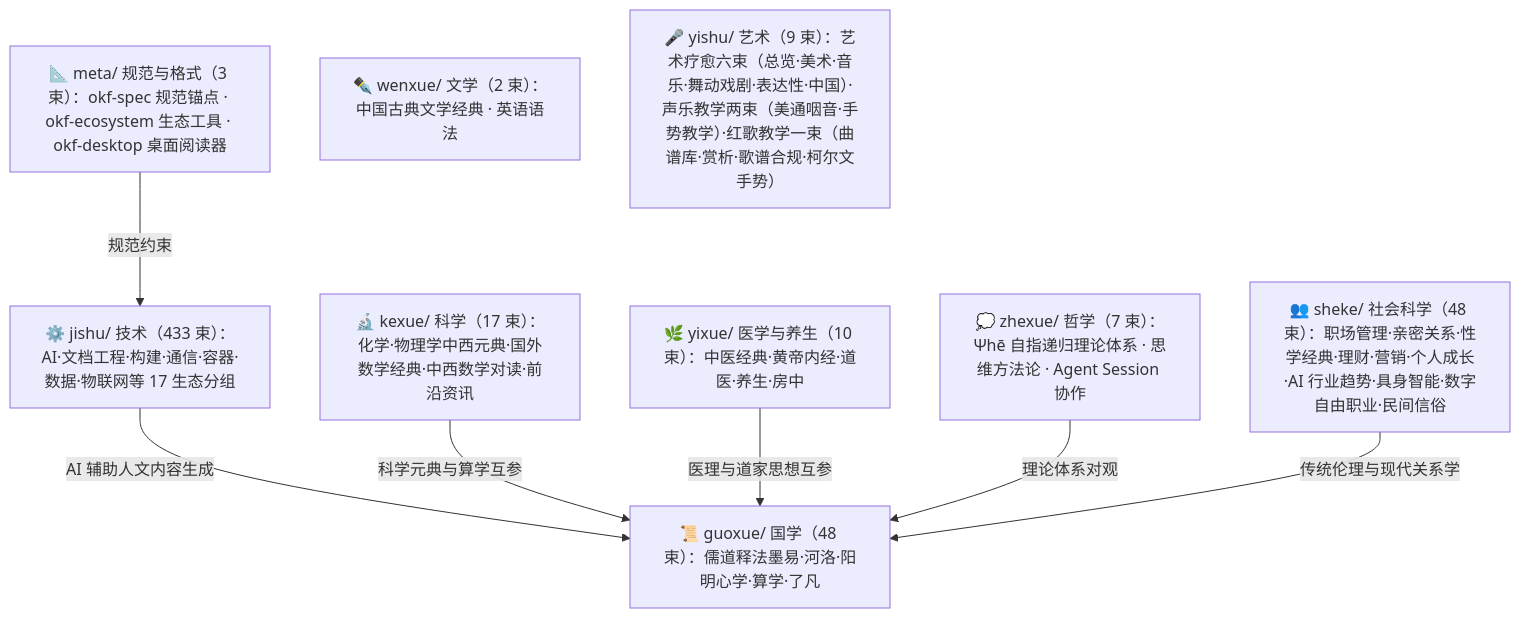
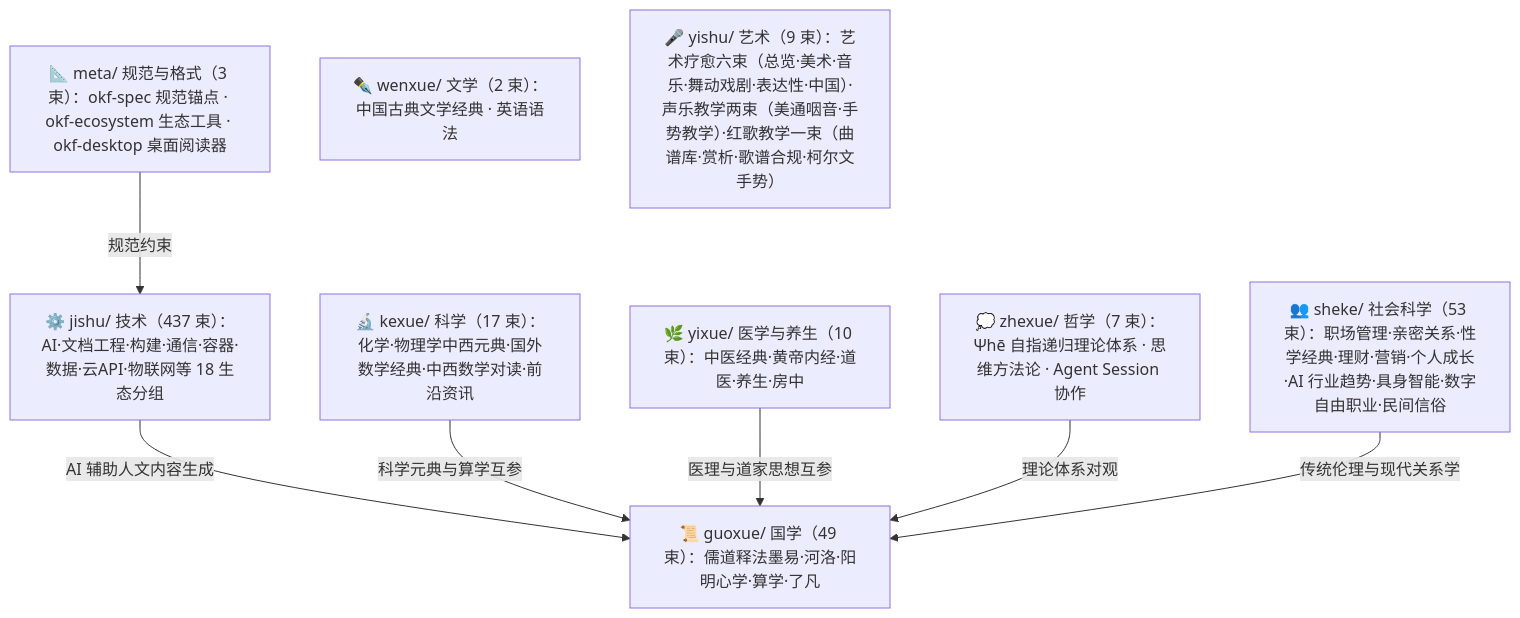
One commit to awesome-flexloop/awesome-okf changed the diagram in doc/bundles/index.md. Above: the diagram before and after it, drawn with Mermaid. The commit also changed other lines of this file and 242 other files, not shown here.

````diff
--- a/doc/bundles/index.md
+++ b/doc/bundles/index.md
@@ -21,18 +21,18 @@
 ```mermaid
 flowchart TD
     meta["📐 meta/ 规范与格式（3 束）：okf-spec 规范锚点 · okf-ecosystem 生态工具 · okf-desktop 桌面阅读器"]
-    guoxue["📜 guoxue/ 国学（48 束）：儒道释法墨易·河洛·阳明心学·算学·了凡"]
+    guoxue["📜 guoxue/ 国学（49 束）：儒道释法墨易·河洛·阳明心学·算学·了凡"]
     zhexue["💭 zhexue/ 哲学（7 束）：Ψhē 自指递归理论体系 · 思维方法论 · Agent Session 协作"]
     kexue["🔬 kexue/ 科学（17 束）：化学·物理学中西元典·国外数学经典·中西数学对读·前沿资讯"]
     wenxue["✒️ wenxue/ 文学（2 束）：中国古典文学经典 · 英语语法"]
     yixue["🌿 yixue/ 医学与养生（10 束）：中医经典·黄帝内经·道医·养生·房中"]
-    sheke["👥 sheke/ 社会科学（48 束）：职场管理·亲密关系·性学经典·理财·营销·个人成长·AI 行业趋势·具身智能·数字自由职业·民间信俗"]
+    sheke["👥 sheke/ 社会科学（53 束）：职场管理·亲密关系·性学经典·理财·营销·个人成长·AI 行业趋势·具身智能·数字自由职业·民间信俗"]
     yishu["🎤 yishu/ 艺术（9 束）：艺术疗愈六束（总览·美术·音乐·舞动戏剧·表达性·中国）·声乐教学两束（美通咽音·手势教学）·红歌教学一束（曲谱库·赏析·歌谱合规·柯尔文手势）"]
-    jishu["⚙️ jishu/ 技术（433 束）：AI·文档工程·构建·通信·容器·数据·物联网等 17 生态分组"]
+    jishu["⚙️ jishu/ 技术（437 束）：AI·文档工程·构建·通信·容器·数据·云API·物联网等 18 生态分组"]
     meta -->|"规范约束"| jishu
     jishu -->|"AI 辅助人文内容生成"| guoxue
     kexue -->|"科学元典与算学互参"| guoxue
     yixue -->|"医理与道家思想互参"| guoxue
     zhexue -->|"理论体系对观"| guoxue
     sheke -->|"传统伦理与现代关系学"| guoxue
 ```
````
